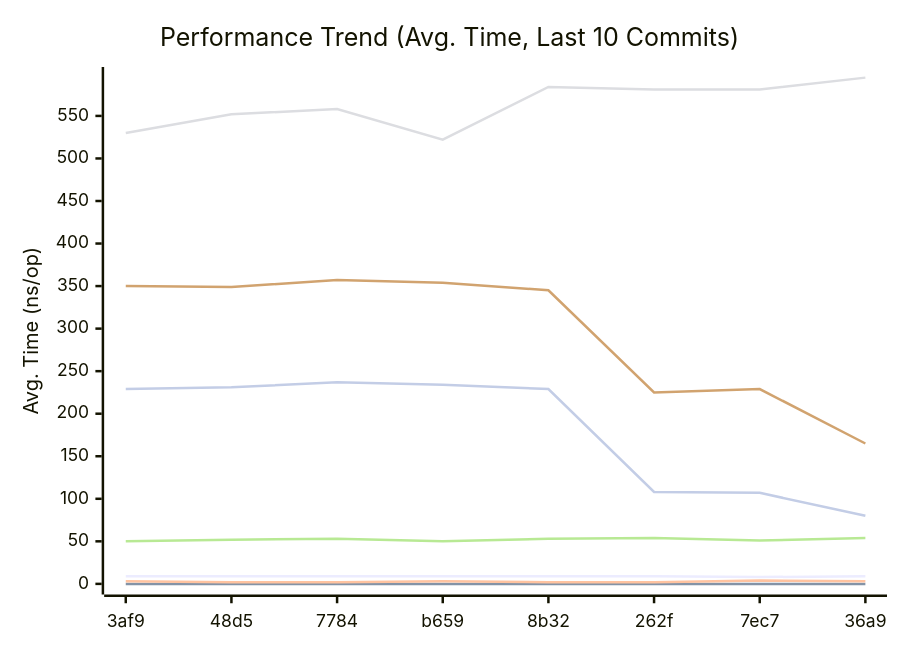
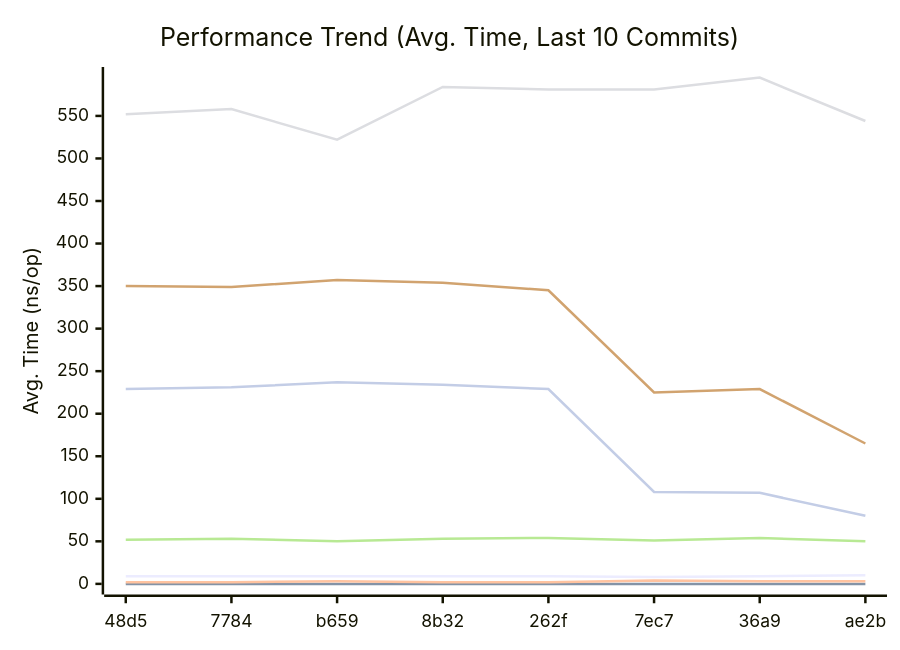
One commit to alsotoes/momo changed the first of 3 diagrams in doc/README.md. Above: the diagram before and after it, drawn with Mermaid. The commit also changed other lines of this file and 1 other file, not shown here.

````diff
--- a/doc/README.md
+++ b/doc/README.md
@@ -296,14 +296,14 @@
 ```mermaid
 xychart-beta
     title "Performance Trend (Avg. Time, Last 10 Commits)"
     x-axis "Commit"
     y-axis "Avg. Time (ns/op)"
-    x-axis [3af9,48d5,7784,b659,8b32,262f,7ec7,36a9]
-    line "CheckMetricsAndSwap" [9,9,9,9,9,9,8,9,10,9]
+    x-axis [48d5,7784,b659,8b32,262f,7ec7,36a9,ae2b]
+    line "CheckMetricsAndSwap" [9,9,9,9,9,8,9,10,9,9]
     line "IndexDirectTracking" [0,0,0,0,0,0,0,0,0,0]
-    line "IndexSearch" [3,2,2,3,2,2,4,3,3,2]
-    line "LoadGlobalConfig" [530,552,558,522,584,581,581,595,544,594]
-    line "PadString" [50,52,53,50,53,54,51,54,50,53]
+    line "IndexSearch" [2,2,3,2,2,4,3,3,2,2]
+    line "LoadGlobalConfig" [552,558,522,584,581,581,595,544,594,586]
+    line "PadString" [52,53,50,53,54,51,54,50,53,52]
     line "ParseReplicationOrder_NoPrealloc" [350,349,357,354,345,225,229,165,232,234]
     line "ParseReplicationOrder_Prealloc" [229,231,237,234,229,108,107,80,110,109]
 ```
````
